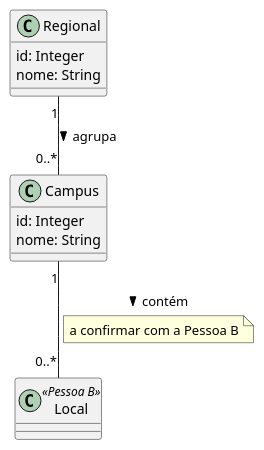
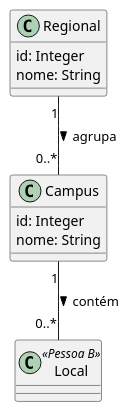
Before and after one commit to joseduardogon/Minha_UFG_Grupo_Cinza: the diagram in Integracao/entidades/Entidade-Campus.md, drawn with PlantUML. The commit also changed other lines of this file and 38 other files, not shown here.

````diff
--- a/Integracao/entidades/Entidade-Campus.md
+++ b/Integracao/entidades/Entidade-Campus.md
@@ -44,14 +44,13 @@
 ```plantuml
 class Regional {
   id: Integer
   nome: String
 }
 class Campus {
   id: Integer
   nome: String
 }
 class Local <<Pessoa B>>
 Regional "1" -- "0..*" Campus : agrupa >
 Campus "1" -- "0..*" Local : contém >
-note on link : a confirmar com a Pessoa B
 ```
````
